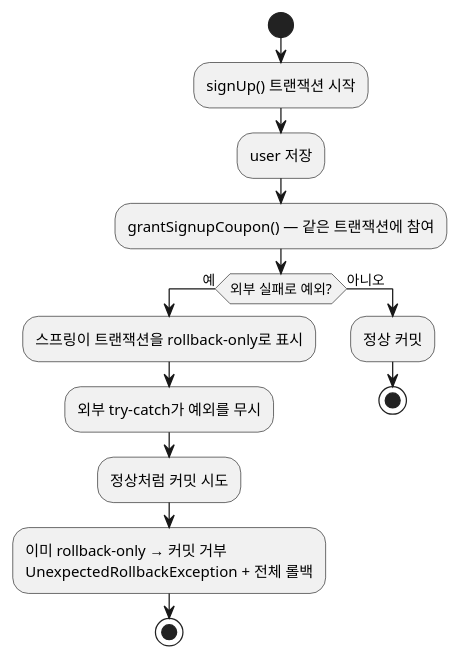
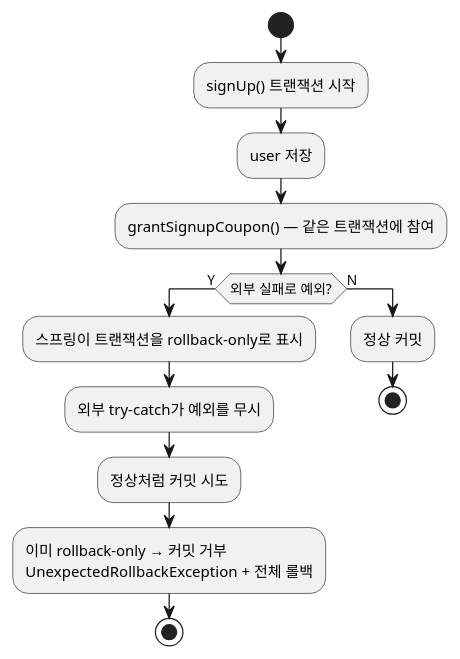
The diagram in blog/2026-08-19-spring-transaction-rollback-only.mdx (johnycho/johny-dev), drawn with PlantUML before and after one commit. The commit also changed 70 other files, not shown here.

````diff
--- a/blog/2026-08-19-spring-transaction-rollback-only.mdx
+++ b/blog/2026-08-19-spring-transaction-rollback-only.mdx
@@ -48,18 +48,18 @@
 ```plantuml
 @startuml
 start
 :signUp() 트랜잭션 시작;
 :user 저장;
 :grantSignupCoupon() — 같은 트랜잭션에 참여;
-if (외부 실패로 예외?) then (예)
+if (외부 실패로 예외?) then (Y)
   :스프링이 트랜잭션을 rollback-only로 표시;
   :외부 try-catch가 예외를 무시;
   :정상처럼 커밋 시도;
   :이미 rollback-only → 커밋 거부\nUnexpectedRollbackException + 전체 롤백;
   stop
-else (아니오)
+else (N)
   :정상 커밋;
   stop
 endif
 @enduml
 ```
````
